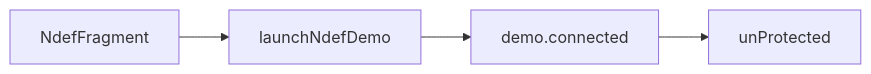
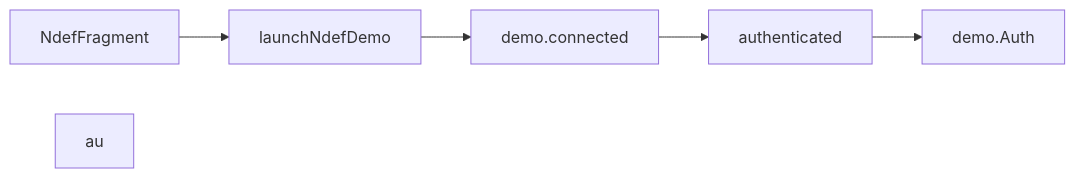
The seventh of 7 diagrams in nxp/MainActivity.md (gordianknotC/nxp_note), drawn with Mermaid before and after one commit. The commit also changed other lines of this file, not shown here.

````diff
--- a/nxp/MainActivity.md
+++ b/nxp/MainActivity.md
@@ -111,7 +111,9 @@
 ```mermaid
 graph LR
 NdefFragment --> launchNdefDemo 
 launchNdefDemo --> demo.connected
-demo.connected --> unProtected
+demo.connected --> authenticated
+authenticated --> demo.Auth
+au
 
 ```
````
